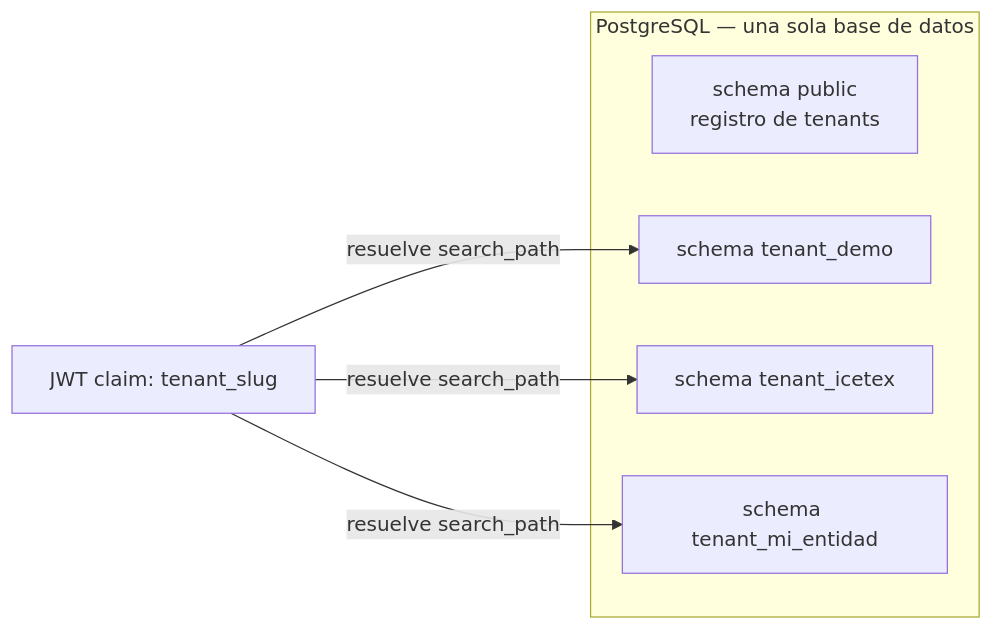
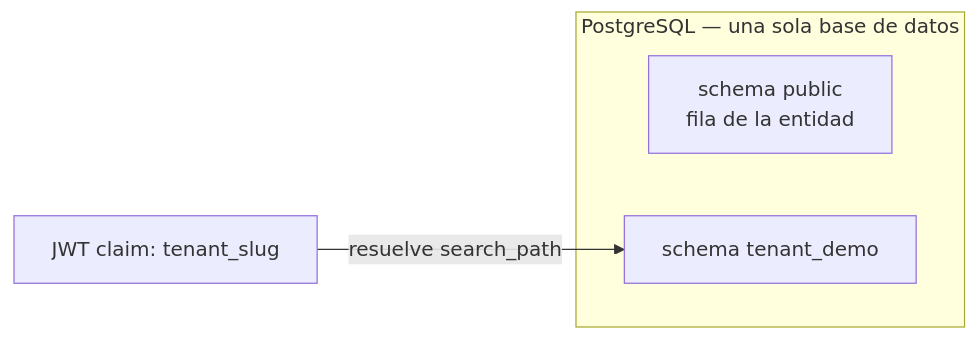
The third of 4 diagrams in docs/es/architecture.md (camilo1rp/docuboto), drawn with Mermaid before and after one commit. The commit also changed other lines of this file and 19 other files, not shown here.

````diff
--- a/docs/es/architecture.md
+++ b/docs/es/architecture.md
@@ -275,12 +269,8 @@
 ```mermaid
 graph LR
     subgraph pg["PostgreSQL — una sola base de datos"]
-        PUB["schema public<br/>registro de tenants"]
+        PUB["schema public<br/>fila de la entidad"]
         T1["schema tenant_demo"]
-        T2["schema tenant_icetex"]
-        T3["schema tenant_mi_entidad"]
     end
     JWT["JWT claim: tenant_slug"] -->|resuelve search_path| T1
-    JWT -->|resuelve search_path| T2
-    JWT -->|resuelve search_path| T3
 ```
````
